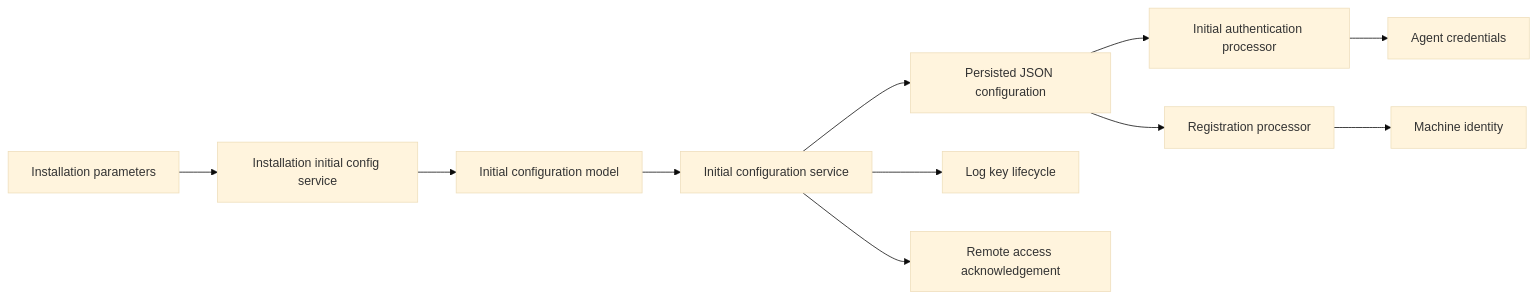
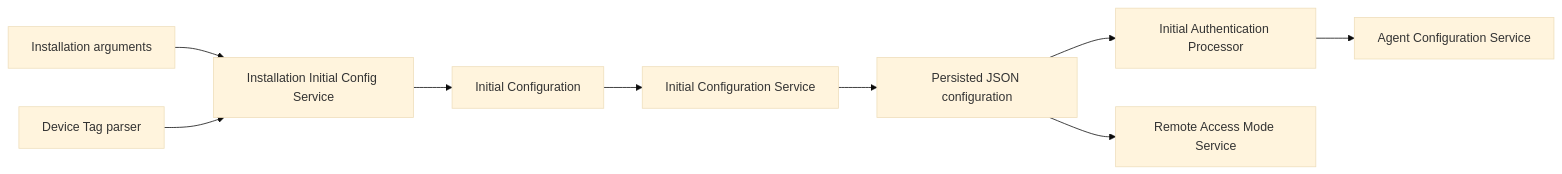
Before and after one commit to flamingo-stack/openframe-oss-tenant: the first of 4 diagrams in docs/reference/architecture/openframe-client-core/model-initial-config/model-initial-config.md, drawn with Mermaid (base theme). The commit also changed other lines of this file and 2377 other files, not shown here.

````diff
--- a/docs/reference/architecture/openframe-client-core/model-initial-config/model-initial-config.md
+++ b/docs/reference/architecture/openframe-client-core/model-initial-config/model-initial-config.md
@@ -41,13 +37,11 @@
 ```mermaid
 flowchart LR
-    InstallArgs["Installation parameters"] --> InstallService["Installation initial config service"]
-    InstallService --> InitialModel["Initial configuration model"]
-    InitialModel --> ConfigService["Initial configuration service"]
+    InstallArgs["Installation arguments"] --> Builder["Installation Initial Config Service"]
+    DeviceTags["Device Tag parser"] --> Builder
+    Builder --> ConfigModel["Initial Configuration"]
+    ConfigModel --> ConfigService["Initial Configuration Service"]
     ConfigService --> ConfigFile["Persisted JSON configuration"]
-    ConfigFile --> AuthProcessor["Initial authentication processor"]
-    ConfigFile --> RegistrationProcessor["Registration processor"]
-    AuthProcessor --> AgentCredentials["Agent credentials"]
-    RegistrationProcessor --> MachineIdentity["Machine identity"]
-    ConfigService --> LogStreaming["Log key lifecycle"]
-    ConfigService --> RemoteAccess["Remote access acknowledgement"]
+    ConfigFile --> AuthFlow["Initial Authentication Processor"]
+    ConfigFile --> RemoteAccess["Remote Access Mode Service"]
+    AuthFlow --> AgentConfig["Agent Configuration Service"]
 ```
````
